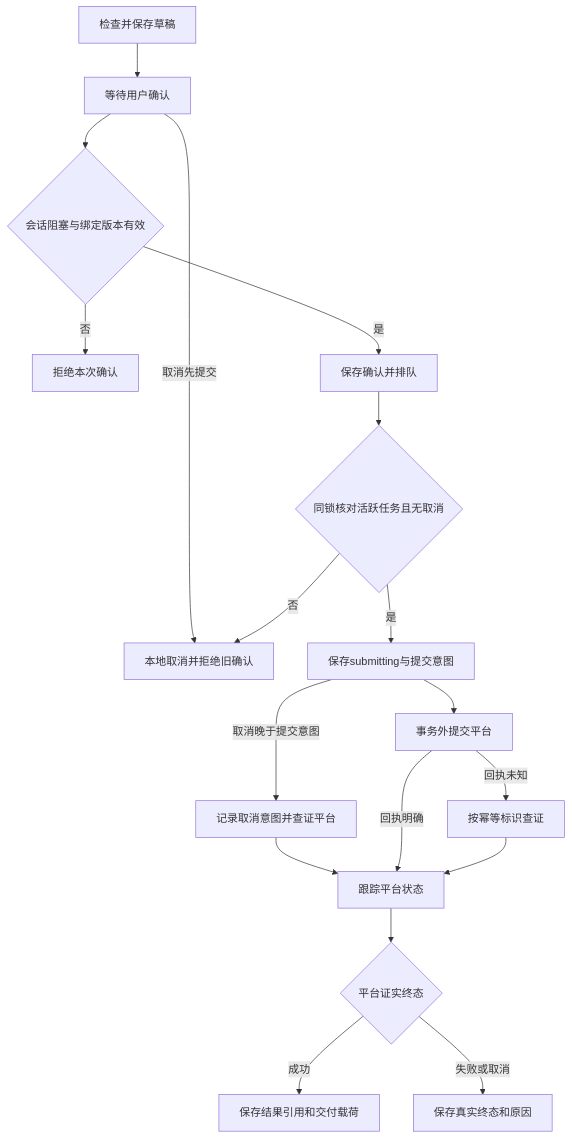
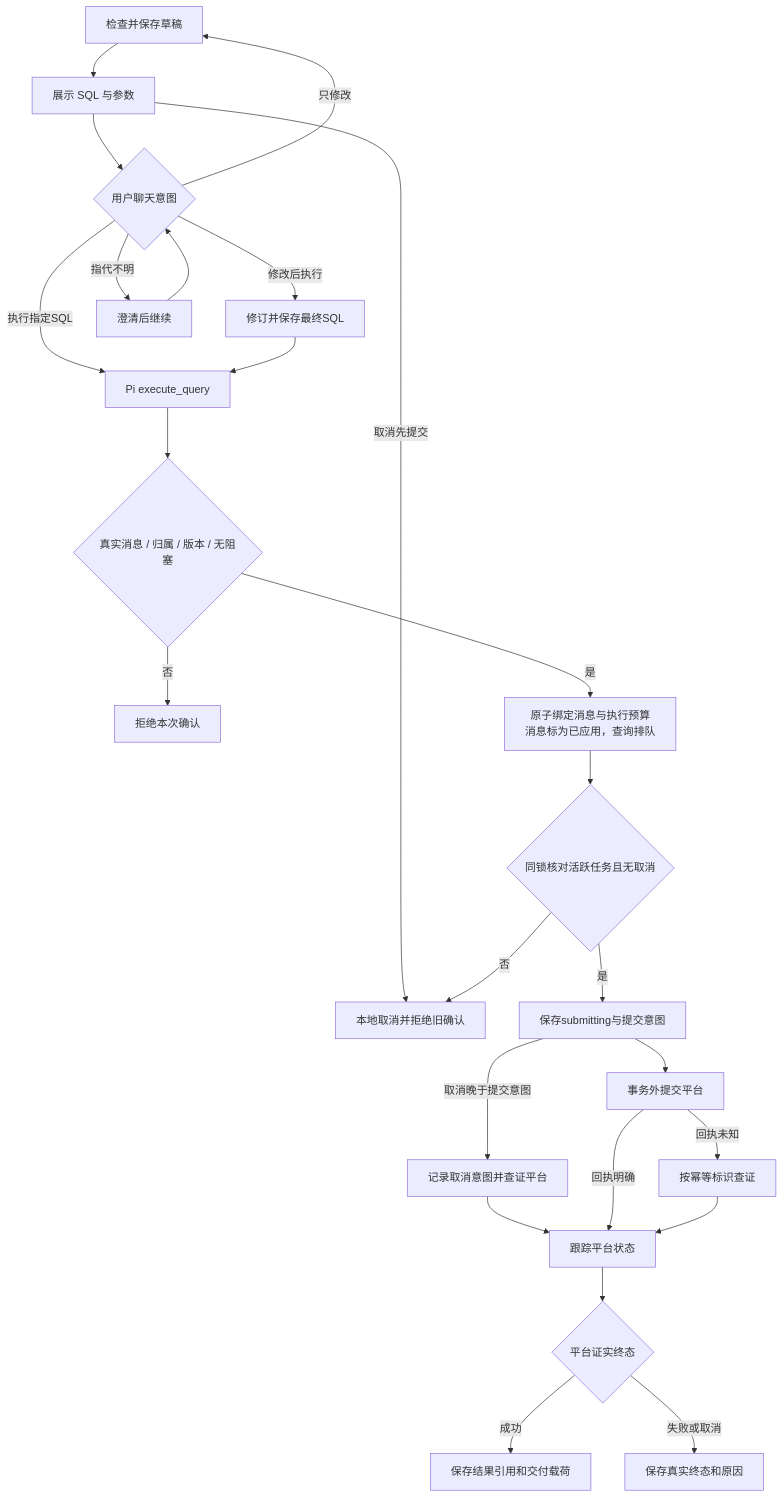
Before and after one commit to yaoziyaoguai/data_agent: the sixth of 8 diagrams in docs/architecture/runtime-modules.md, drawn with Mermaid. The commit also changed other lines of this file and 52 other files, not shown here.

````diff
--- a/docs/architecture/runtime-modules.md
+++ b/docs/architecture/runtime-modules.md
@@ -232,20 +236,27 @@
 ```mermaid
 flowchart TD
-  A[检查并保存草稿] --> B[等待用户确认]
-  B --> C{会话阻塞与绑定版本有效}
+  A[检查并保存草稿] --> B[展示 SQL 与参数]
+  B --> U{用户聊天意图}
+  U -->|只修改| A
+  U -->|修改后执行| Rev[修订并保存最终SQL]
+  U -->|执行指定SQL| Auth[Pi execute_query]
+  U -->|指代不明| Ask[澄清后继续]
+  Ask --> U
+  Rev --> Auth
+  Auth --> C{真实消息 / 归属 / 版本 / 无阻塞}
   C -->|否| X[拒绝本次确认]
-  C -->|是| D[保存确认并排队]
+  C -->|是| D[原子绑定消息与执行预算<br/>消息标为已应用，查询排队]
   B -->|取消先提交| L[本地取消并拒绝旧确认]
   D --> S{同锁核对活跃任务且无取消}
   S -->|否| L
   S -->|是| Intent[保存submitting与提交意图]
   Intent --> E[事务外提交平台]
   Intent -->|取消晚于提交意图| Cancel[记录取消意图并查证平台]
   Cancel --> F
   E -->|回执明确| F[跟踪平台状态]
   E -->|回执未知| G[按幂等标识查证]
   G --> F
   F --> H{平台证实终态}
   H -->|成功| I[保存结果引用和交付载荷]
   H -->|失败或取消| J[保存真实终态和原因]
 ```
````
